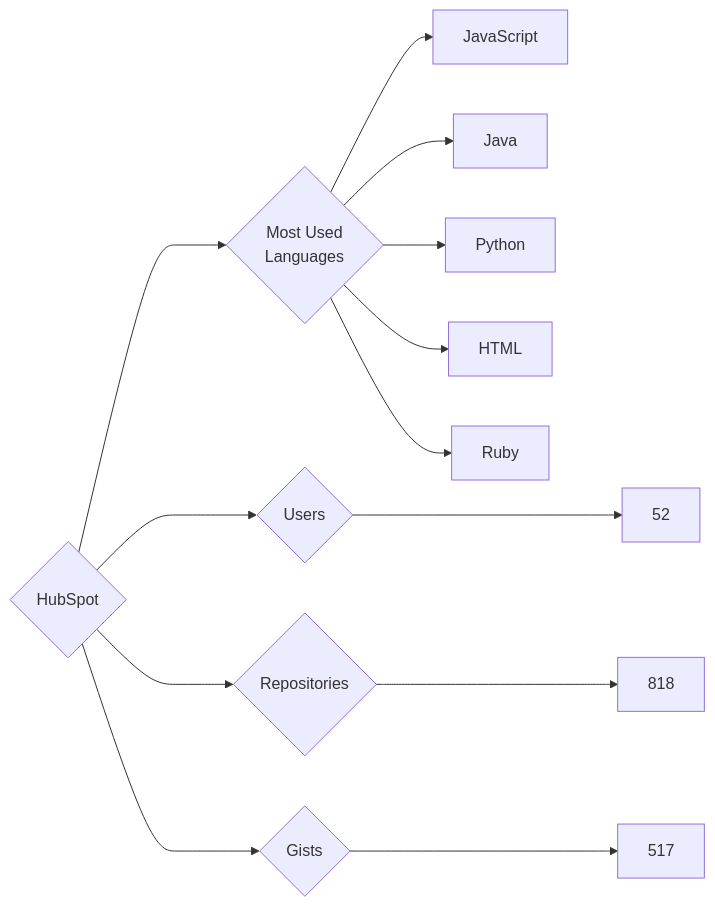
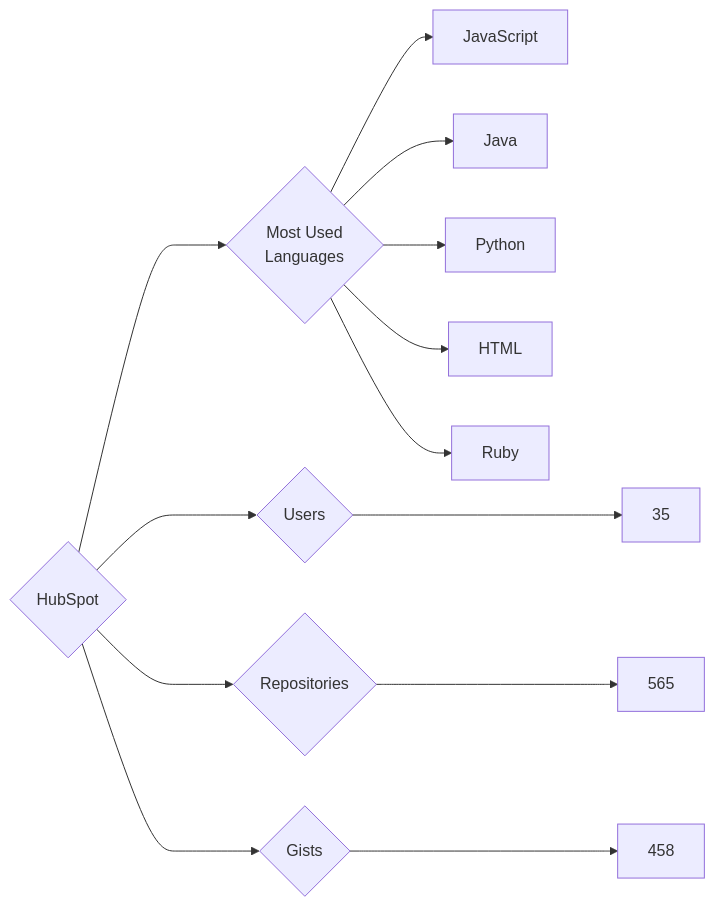
One commit to trickest/insiders changed the diagram in targets/HubSpot/README.md. Above: the diagram before and after it, drawn with Mermaid. The commit also changed 553 other files, not shown here.

````diff
--- a/targets/HubSpot/README.md
+++ b/targets/HubSpot/README.md
@@ -3,13 +3,13 @@
 ```mermaid
 graph LR
 COMPANY_NAME{HubSpot}
-COMPANY_NAME ---> U{Users} ---> UN[52]
-COMPANY_NAME ---> R{Repositories} ---> RN[818]
-COMPANY_NAME ---> G{Gists} ---> GN[517]
+COMPANY_NAME ---> U{Users} ---> UN[35]
+COMPANY_NAME ---> R{Repositories} ---> RN[565]
+COMPANY_NAME ---> G{Gists} ---> GN[458]
 COMPANY_NAME ---> ML{Most Used<br>Languages}
 ML --> JavaScript[JavaScript]
 ML --> Java[Java]
 ML --> Python[Python]
 ML --> HTML[HTML]
 ML --> Ruby[Ruby]
 ```
````
